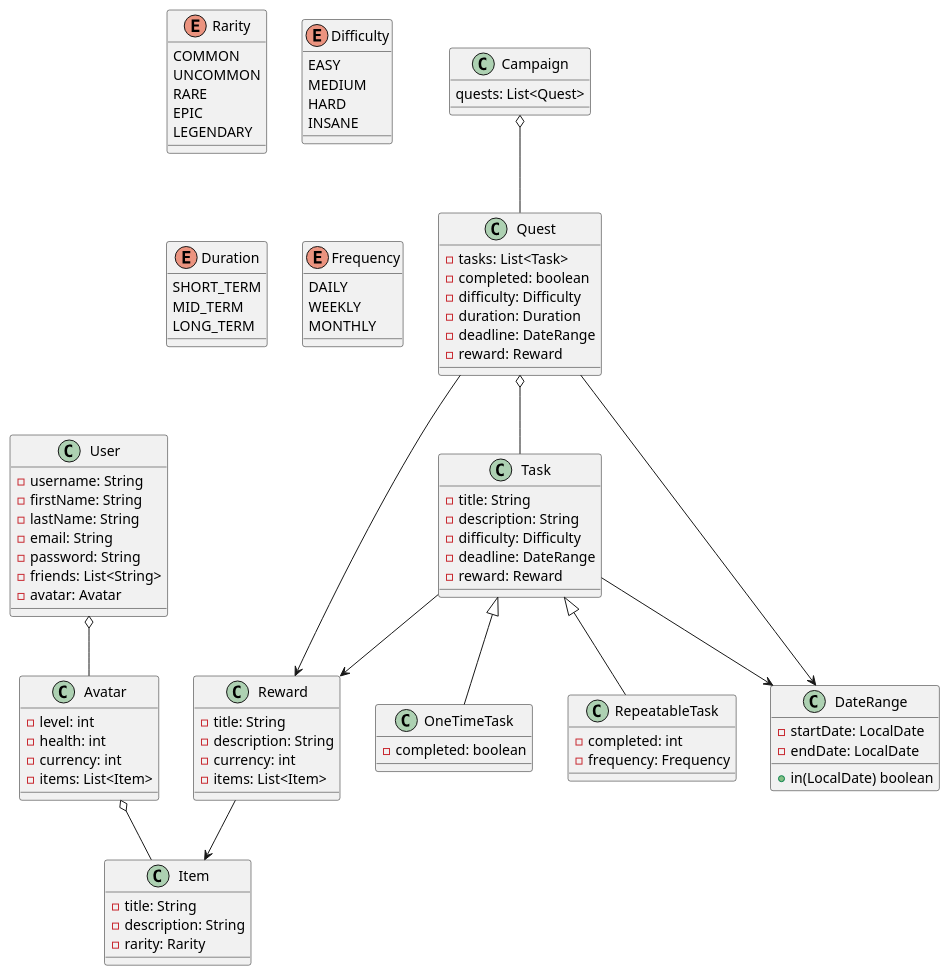
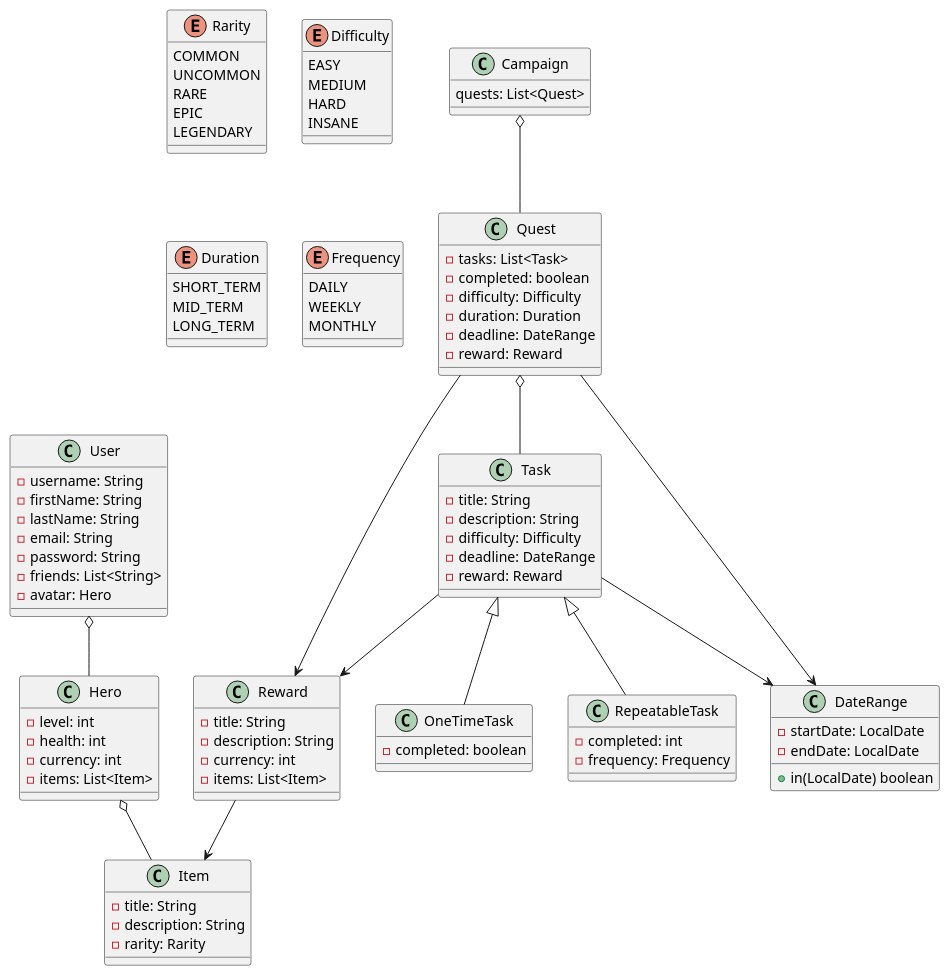
The diagram in project_documents/CD.puml (ljwhitt83/lbcProject), drawn with PlantUML before and after one commit. The commit also changed 2 other files, not shown here.

```diff
--- a/project_documents/CD.puml
+++ b/project_documents/CD.puml
@@ -1,111 +1,111 @@
 @startuml
 
 class Task {
     -title: String
     -description: String
     -difficulty: Difficulty
     -deadline: DateRange
     -reward: Reward
 }
 
 class RepeatableTask {
     -completed: int
     -frequency: Frequency
 }
 
 class OneTimeTask {
     -completed: boolean
 }
 
 class Campaign {
     quests: List<Quest>
 }
 
 class Quest {
     -tasks: List<Task>
     -completed: boolean
     -difficulty: Difficulty
     -duration: Duration
     -deadline: DateRange
     -reward: Reward
 }
 
 class Reward {
     -title: String
     -description: String
     -currency: int
     -items: List<Item>
 }
 
 class User {
     -username: String
     -firstName: String
     -lastName: String
     -email: String
     -password: String
     -friends: List<String>
-    -avatar: Avatar
+    -avatar: Hero
 }
 
-class Avatar {
+class Hero {
     -level: int
     -health: int
     -currency: int
     -items: List<Item>
 }
 
 class Item {
     -title: String
     -description: String
     -rarity: Rarity
 }
 
 enum Rarity {
     COMMON
     UNCOMMON
     RARE
     EPIC
     LEGENDARY
 }
 
 enum Difficulty {
     EASY
     MEDIUM
     HARD
     INSANE
 }
 
 enum Duration {
     SHORT_TERM
     MID_TERM
     LONG_TERM
 }
 
 enum Frequency {
     DAILY
     WEEKLY
     MONTHLY
 }
 
 class DateRange {
     -startDate: LocalDate
     -endDate: LocalDate
     +in(LocalDate) boolean
 }
 
 Campaign o-- Quest
 Quest o-- Task
 
 Task --> Reward
 Task --> DateRange
 Task <|-- RepeatableTask
 Task <|-- OneTimeTask
 
 Quest --> DateRange
 Quest --> Reward
 
-User o-- Avatar
-Avatar o-- Item
+User o-- Hero
+Hero o-- Item
 Reward --> Item
 
 @enduml
```
